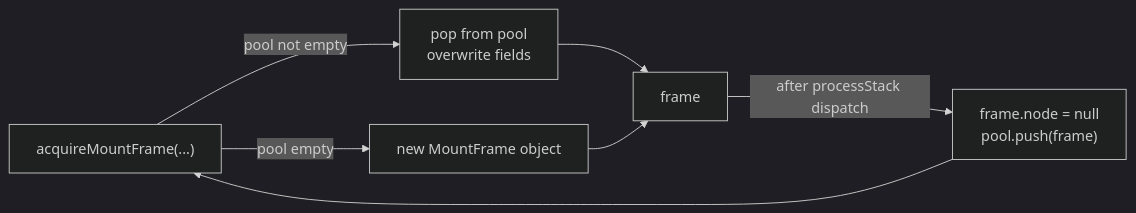
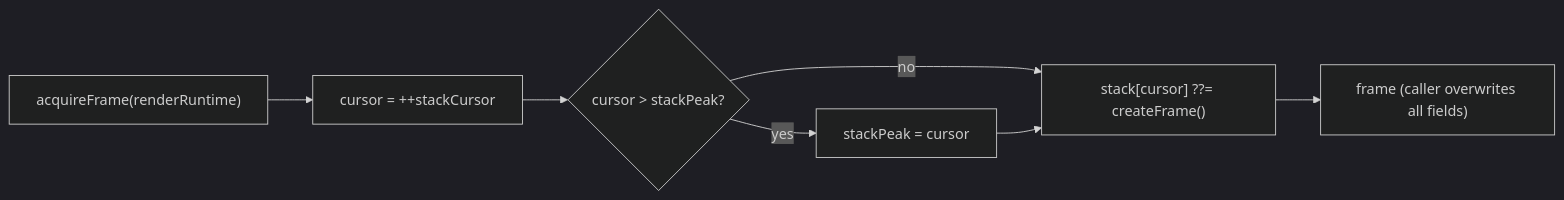
The third of 3 diagrams in docs/core/process-stack.md (dPaskhin/simpreact), drawn with Mermaid (dark theme) before and after one commit. The commit also changed other lines of this file and 5 other files, not shown here.

````diff
--- a/docs/core/process-stack.md
+++ b/docs/core/process-stack.md
@@ -86,9 +82,9 @@
 ```mermaid
 flowchart LR
-    ACQUIRE["acquireMountFrame(...)"] -->|pool not empty| REUSE["pop from pool\noverwrite fields"]
-    ACQUIRE -->|pool empty| ALLOC["new MountFrame object"]
-    REUSE --> FRAME["frame"]
-    ALLOC --> FRAME
-    FRAME -->|after processStack dispatch| RETURN["frame.node = null\npool.push(frame)"]
-    RETURN --> ACQUIRE
+    ACQUIRE["acquireFrame(renderRuntime)"] --> INC["cursor = ++stackCursor"]
+    INC --> PEAK{cursor > stackPeak?}
+    PEAK -->|yes| BUMP["stackPeak = cursor"]
+    PEAK -->|no| SLOT
+    BUMP --> SLOT["stack[cursor] ??= createFrame()"]
+    SLOT --> FRAME["frame (caller overwrites all fields)"]
 ```
````
